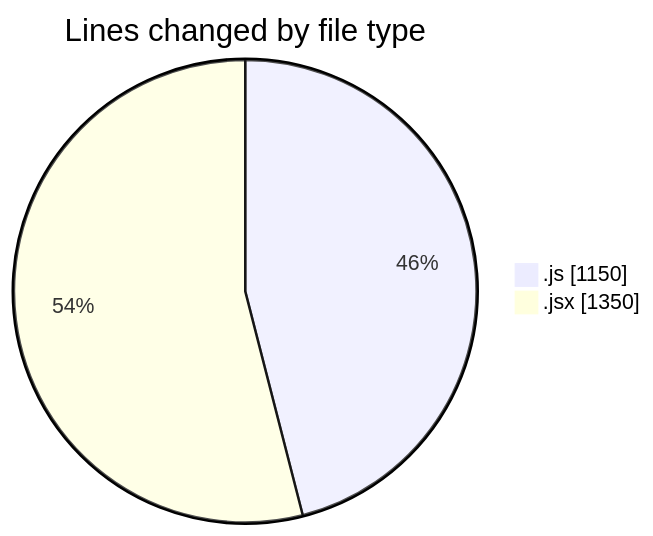
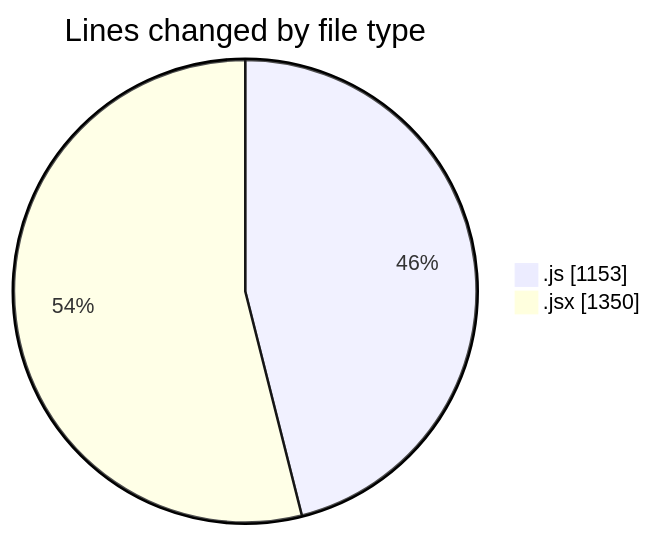
The first of 2 diagrams in 2025-09-19/nxtqube_webapp/README.md (nxtqubesakshisongat/code-tracking), drawn with Mermaid before and after one commit. The commit also changed other lines of this file and 1 other file, not shown here.

````diff
--- a/2025-09-19/nxtqube_webapp/README.md
+++ b/2025-09-19/nxtqube_webapp/README.md
@@ -23,6 +23,6 @@
 ```mermaid
 pie showData
 title Lines changed by file type
-".js" : 1150
+".js" : 1153
 ".jsx" : 1350
 ```
````
